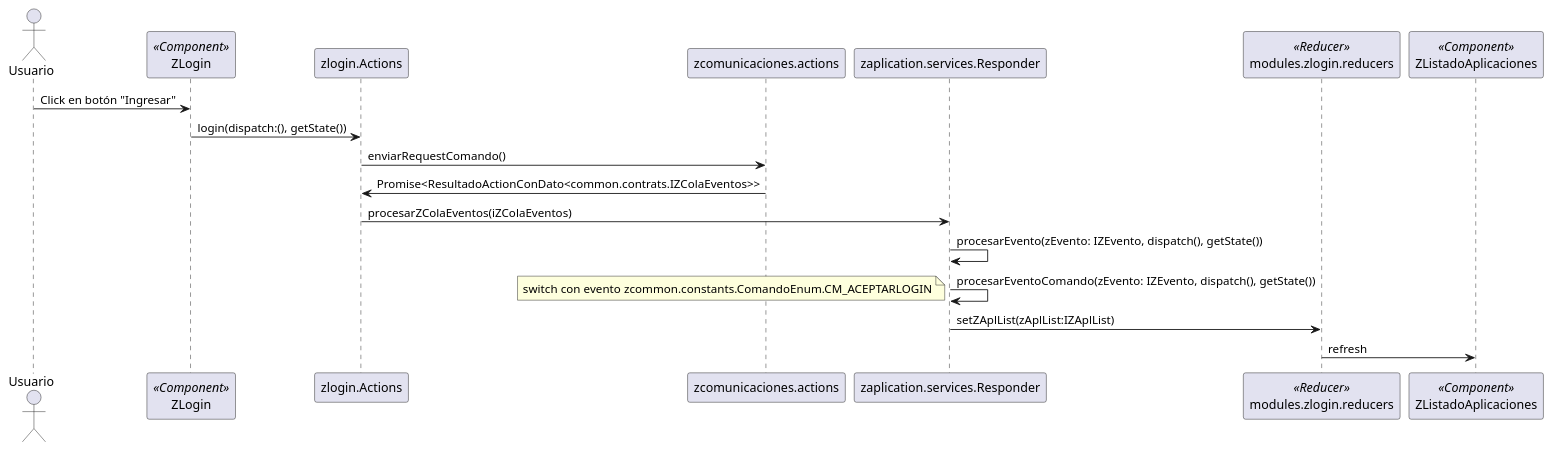
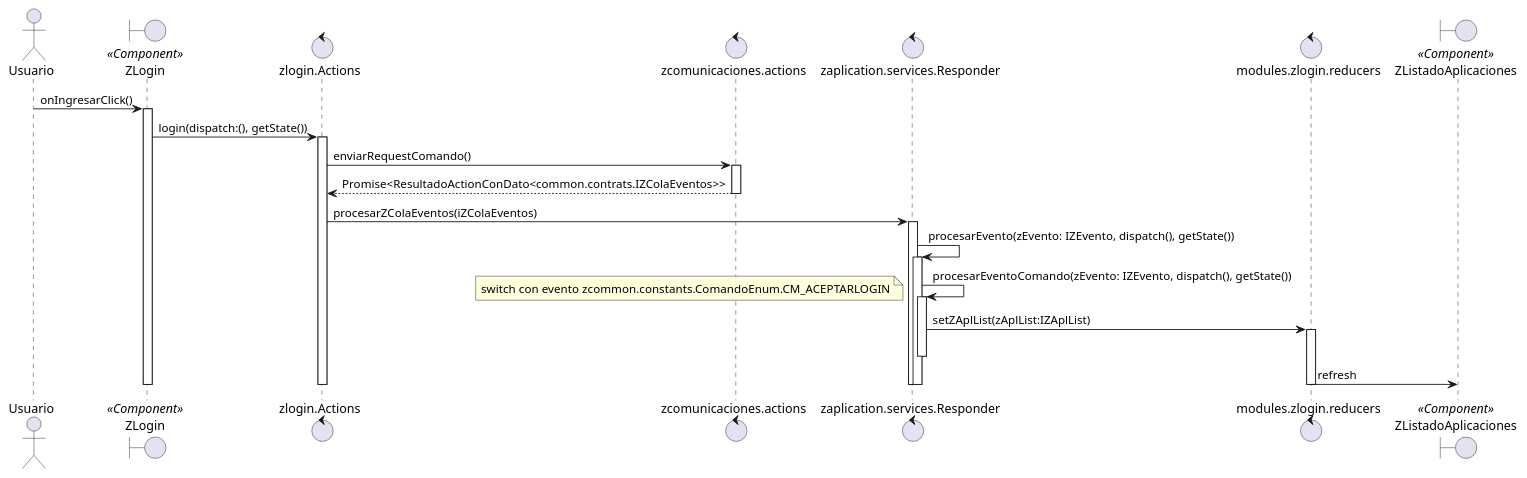
One commit to ceriosp/azenweb changed the diagram in docs/zlogin/sequence.wsd. Above: the diagram before and after it, drawn with PlantUML.

Commit message:
Login sequence diagram updated.

```diff
--- a/docs/zlogin/sequence.wsd
+++ b/docs/zlogin/sequence.wsd
@@ -1,19 +1,45 @@
 @startuml
 
 actor Usuario
-participant ZLogin <<Component>>
-Usuario -> ZLogin: Click en botón "Ingresar"
+
+boundary ZLogin <<Component>>
+Usuario -> ZLogin: onIngresarClick()
+activate ZLogin
+
+control zlogin.Actions
 ZLogin -> zlogin.Actions: login(dispatch:(), getState())
+activate zlogin.Actions
+
+control zcomunicaciones.actions
 zlogin.Actions -> zcomunicaciones.actions: enviarRequestComando()
-zcomunicaciones.actions -> zlogin.Actions: Promise<ResultadoActionConDato<common.contrats.IZColaEventos>>
+activate zcomunicaciones.actions
+
+zcomunicaciones.actions --> zlogin.Actions: Promise<ResultadoActionConDato<common.contrats.IZColaEventos>>
+deactivate zcomunicaciones.actions
+
+control zaplication.services.Responder
 zlogin.Actions -> zaplication.services.Responder:procesarZColaEventos(iZColaEventos)
+activate zaplication.services.Responder
+
+
 zaplication.services.Responder -> zaplication.services.Responder: procesarEvento(zEvento: IZEvento, dispatch(), getState())
+activate zaplication.services.Responder
 zaplication.services.Responder -> zaplication.services.Responder: procesarEventoComando(zEvento: IZEvento, dispatch(), getState())
 note left: switch con evento zcommon.constants.ComandoEnum.CM_ACEPTARLOGIN
-
+activate zaplication.services.Responder
+control modules.zlogin.reducers
 participant modules.zlogin.reducers <<Reducer>>
 zaplication.services.Responder -> modules.zlogin.reducers: setZAplList(zAplList:IZAplList)
-participant ZListadoAplicaciones <<Component>>
+activate modules.zlogin.reducers
+
+boundary ZListadoAplicaciones <<Component>>
+deactivate zaplication.services.Responder
 modules.zlogin.reducers -> ZListadoAplicaciones: refresh
+deactivate modules.zlogin.reducers
+
+deactivate zaplication.services.Responder
+deactivate zaplication.services.Responder
+deactivate zlogin.Actions
+deactivate ZLogin
 
 @enduml
```
